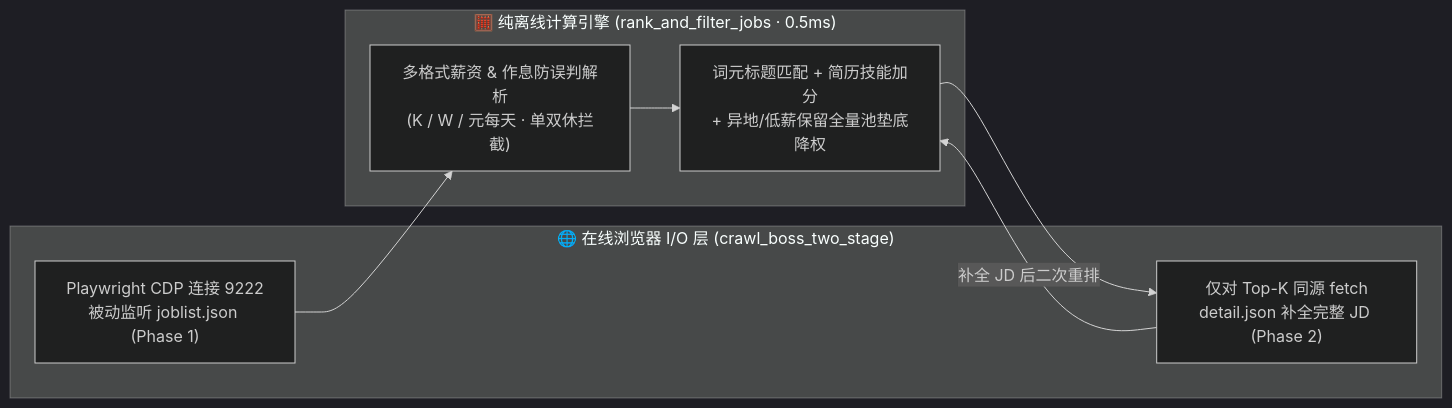
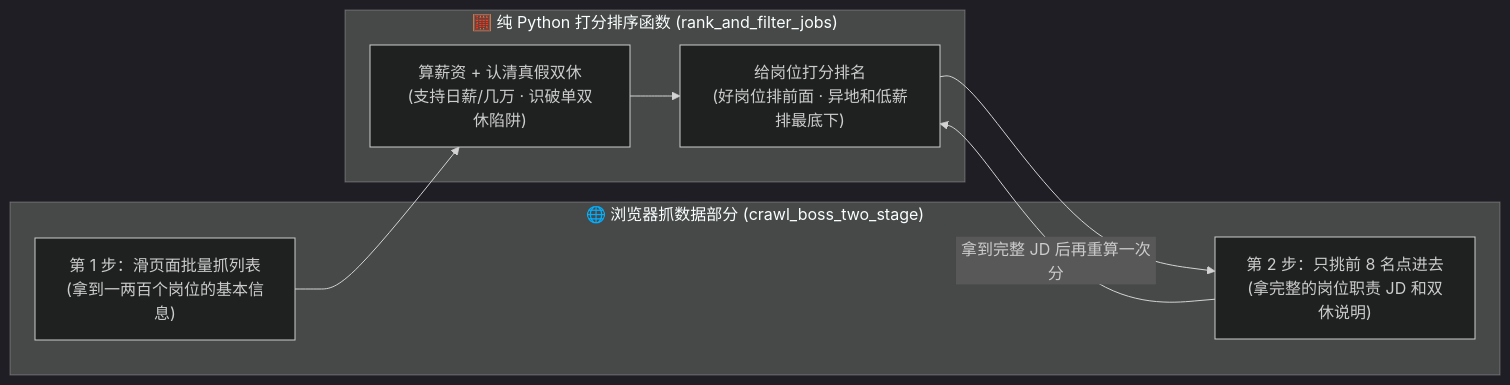
The diagram in tutorials/zh/03-stage3-stage4-intent-and-ranking.md (jason-haha-69135/boss-zhipin-crawler), drawn with Mermaid (dark theme) before and after one commit. The commit also changed other lines of this file and 14 other files, not shown here.

````diff
--- a/tutorials/zh/03-stage3-stage4-intent-and-ranking.md
+++ b/tutorials/zh/03-stage3-stage4-intent-and-ranking.md
@@ -29,14 +31,14 @@
 ```mermaid
 flowchart LR
-    subgraph OnlineIO ["🌐 在线浏览器 I/O 层 (crawl_boss_two_stage)"]
-        CDP["Playwright CDP 连接 9222\n被动监听 joblist.json (Phase 1)"]
-        Detail["仅对 Top-K 同源 fetch\ndetail.json 补全完整 JD (Phase 2)"]
+    subgraph Crawler ["🌐 浏览器抓数据部分 (crawl_boss_two_stage)"]
+        StepA["第 1 步：滑页面批量抓列表\n(拿到一两百个岗位的基本信息)"]
+        StepB["第 2 步：只挑前 8 名点进去\n(拿完整的岗位职责 JD 和双休说明)"]
     end
-    subgraph PureLogic ["🧮 纯离线计算引擎 (rank_and_filter_jobs · 0.5ms)"]
-        Parse["多格式薪资 & 作息防误判解析\n(K / W / 元每天 · 单双休拦截)"]
-        Rank["词元标题匹配 + 简历技能加分\n+ 异地/低薪保留全量池垫底降权"]
+    subgraph Ranker ["🧮 纯 Python 打分排序函数 (rank_and_filter_jobs)"]
+        Check["算薪资 + 认清真假双休\n(支持日薪/几万 · 识破单双休陷阱)"]
+        Sort["给岗位打分排名\n(好岗位排前面 · 异地和低薪排最底下)"]
     end
 
-    CDP --> Parse --> Rank --> Detail
-    Detail -->|"补全 JD 后二次重排"| Rank
+    StepA --> Check --> Sort --> StepB
+    StepB -->|"拿到完整 JD 后再重算一次分"| Sort
 ```
````
